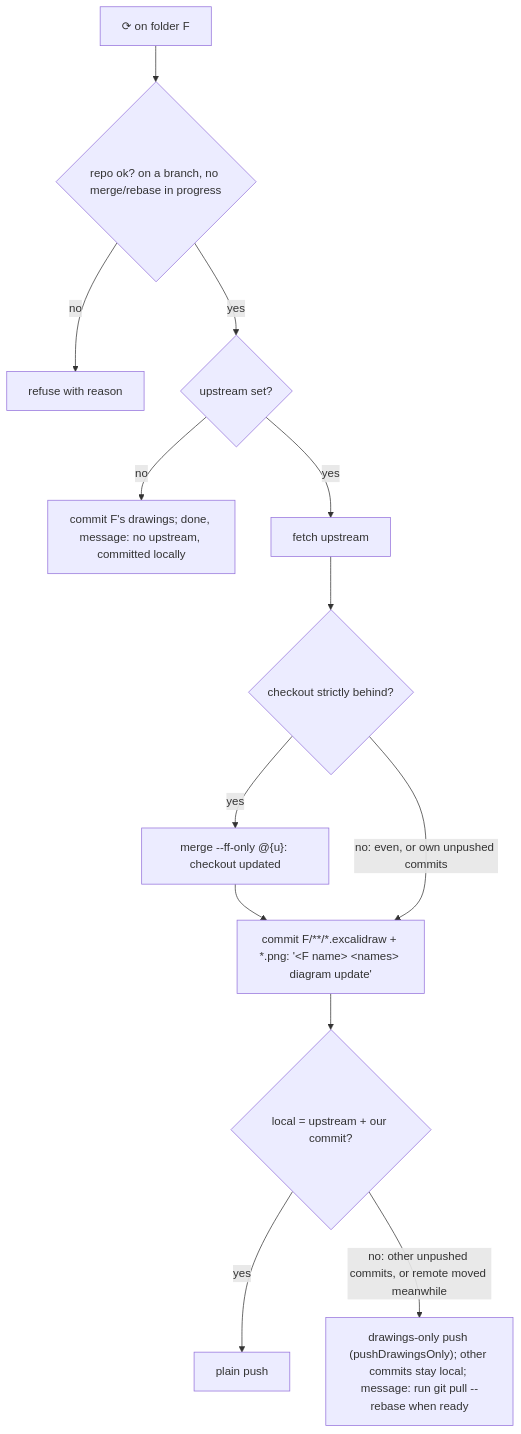
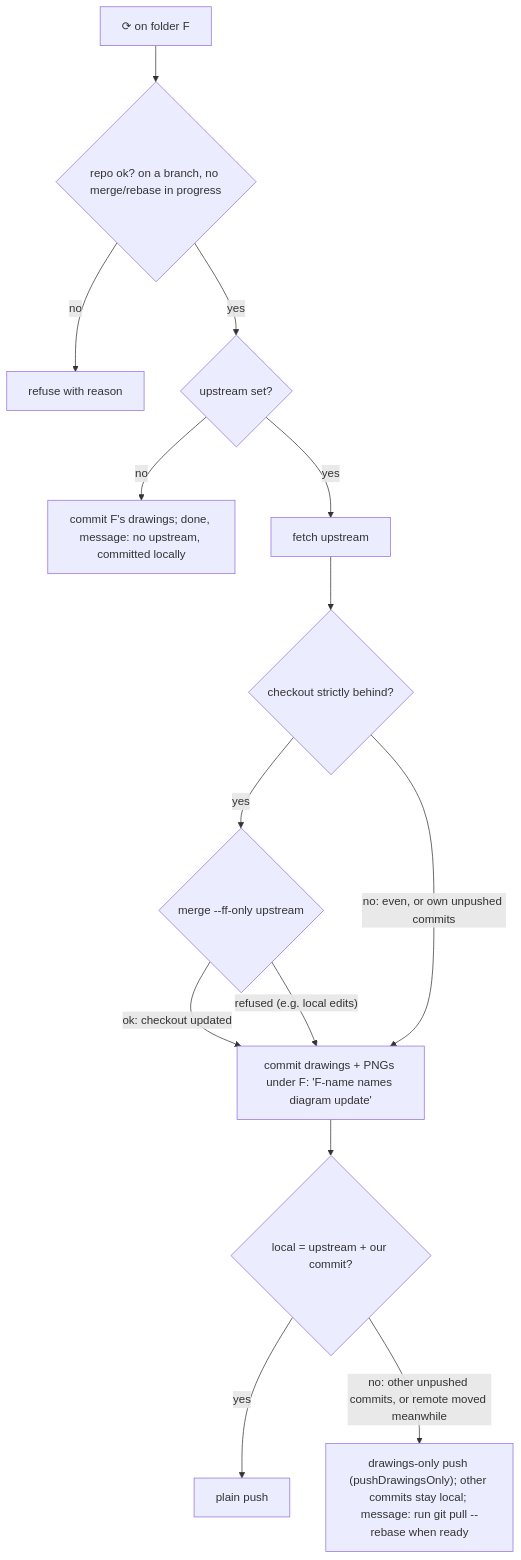
The second of 2 diagrams in docs/specs/2026-11-19-standalone-workspace.md (turtlewizard73/excalidraw-hub), drawn with Mermaid before and after one commit. The commit also changed other lines of this file and 1 other file, not shown here.

Commit message:
Spec: failed ff-pull falls back to drawings-only push; branch pin option; MCP probe as host uid; naming marked to confirm

````diff
--- a/docs/specs/2026-11-19-standalone-workspace.md
+++ b/docs/specs/2026-11-19-standalone-workspace.md
@@ -94,14 +94,16 @@
 ```mermaid
 flowchart TD
   A[⟳ on folder F] --> B{"repo ok? on a branch, no merge/rebase in progress"}
   B -->|no| X[refuse with reason]
   B -->|yes| U{upstream set?}
   U -->|no| C0[commit F's drawings; done, message: no upstream, committed locally]
   U -->|yes| E[fetch upstream]
   E --> FF{"checkout strictly behind?"}
-  FF -->|yes| M["merge --ff-only @{u}: checkout updated"] --> C
+  FF -->|yes| M{"merge --ff-only upstream"}
+  M -->|ok: checkout updated| C
+  M -->|"refused (e.g. local edits)"| C
   FF -->|"no: even, or own unpushed commits"| C
-  C["commit F/**/*.excalidraw + *.png: '&lt;F name&gt; &lt;names&gt; diagram update'"] --> P{"local = upstream + our commit?"}
+  C["commit drawings + PNGs under F: 'F-name names diagram update'"] --> P{"local = upstream + our commit?"}
   P -->|yes| PP[plain push]
   P -->|"no: other unpushed commits, or remote moved meanwhile"| Q["drawings-only push (pushDrawingsOnly); other commits stay local; message: run git pull --rebase when ready"]
 ```
````
